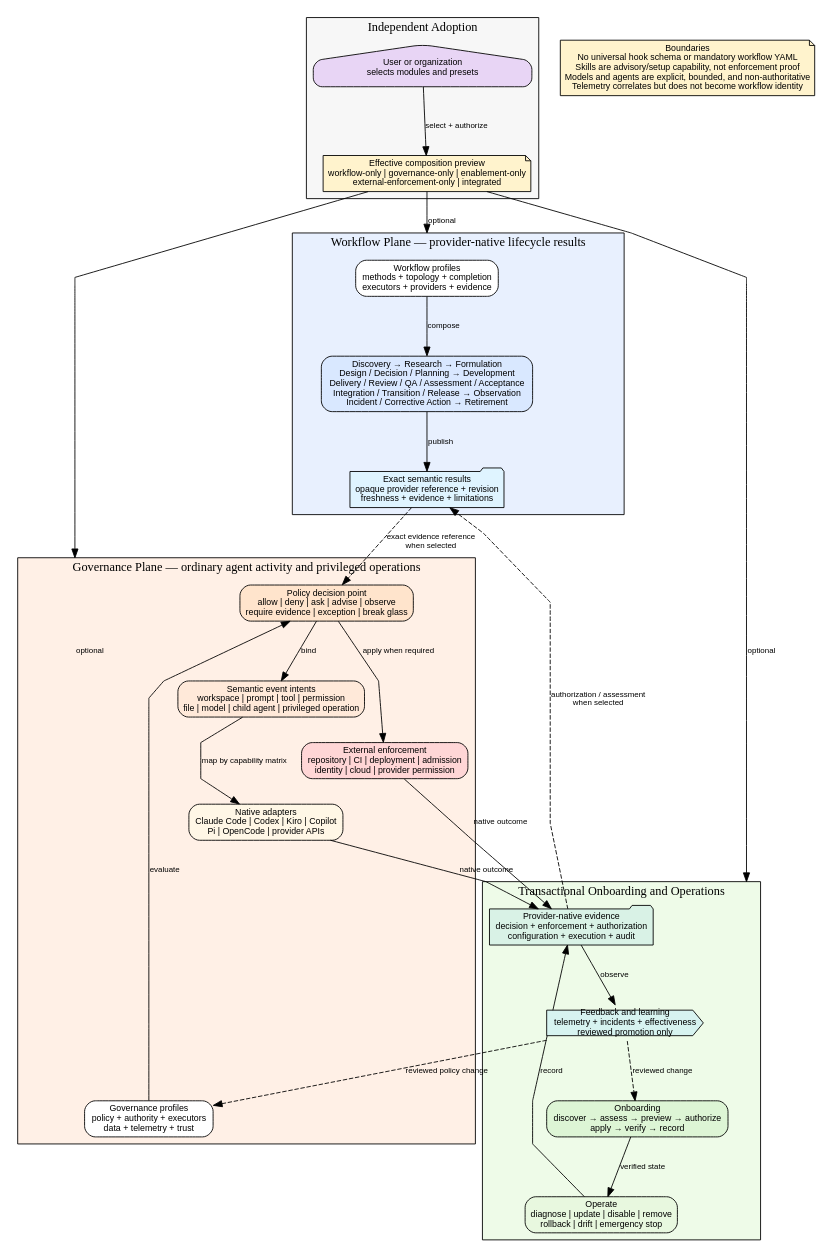
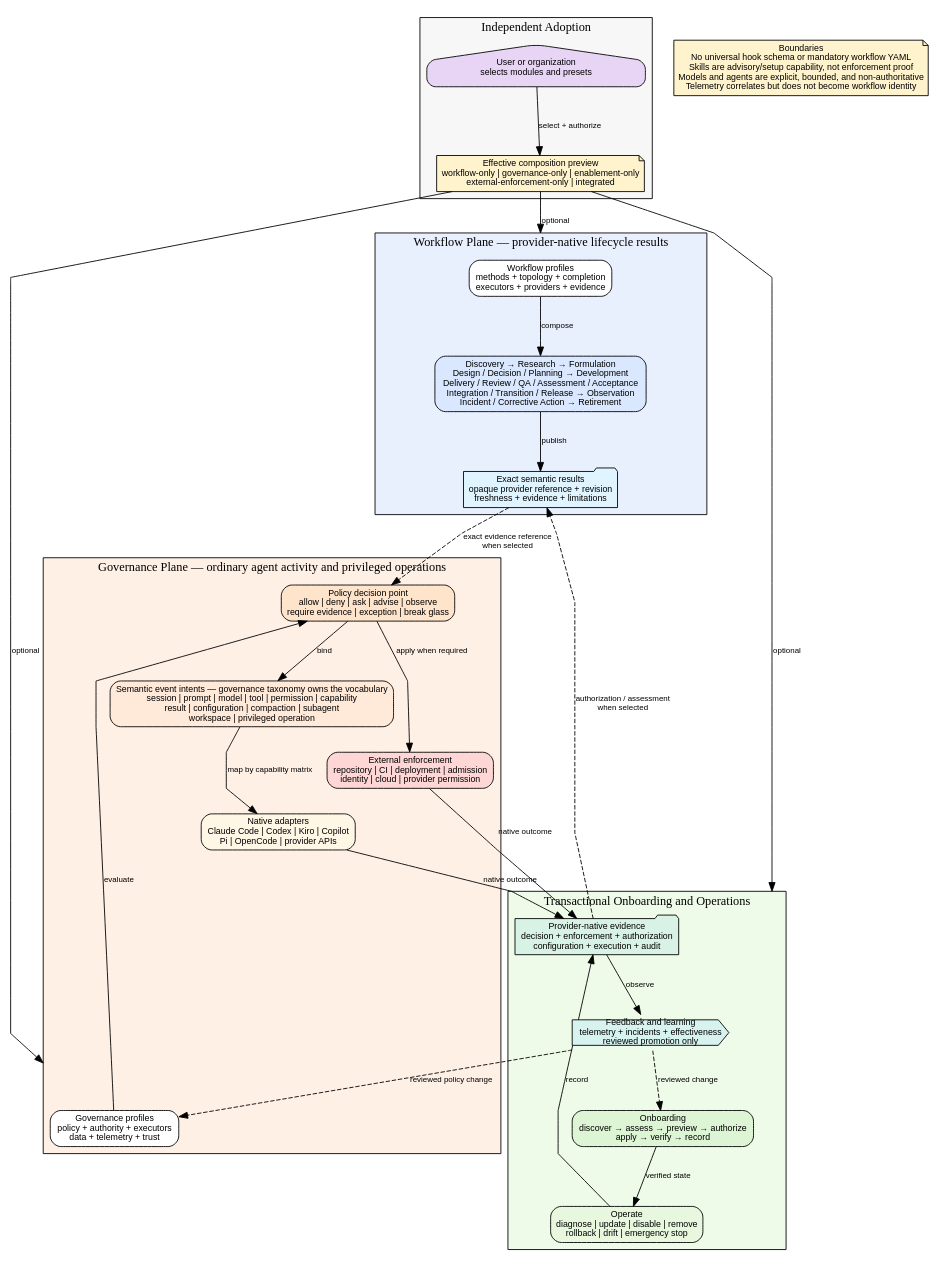
One commit to xonovex/platform changed the diagram in packages/diagram/diagram-agent-workflow/workflow-diagram.dot. Above: the diagram before and after it, drawn with Graphviz. The commit also changed 7 other files, not shown here.

First line of the commit message:
fix(skill): unfork the semantic event intent taxonomy

```diff
--- a/packages/diagram/diagram-agent-workflow/workflow-diagram.dot
+++ b/packages/diagram/diagram-agent-workflow/workflow-diagram.dot
@@ -1,80 +1,80 @@
 digraph ComposableWorkflow {
   rankdir=TB;
   compound=true;
   newrank=true;
   splines=polyline;
   nodesep=0.45;
   ranksep=0.8;
 
   node [shape=box, style="rounded,filled", fillcolor=white, fontname="Arial", fontsize=10];
   edge [fontname="Arial", fontsize=9];
 
   subgraph cluster_adoption {
     label="Independent Adoption";
     style=filled;
     fillcolor="#f7f7f7";
 
     profile [label="Effective composition preview\nworkflow-only | governance-only | enablement-only\nexternal-enforcement-only | integrated", shape=note, fillcolor="#fff3cd"];
     user [label="User or organization\nselects modules and presets", shape=house, fillcolor="#e8d5f5"];
     user -> profile [label="select + authorize"];
   }
 
   subgraph cluster_workflow {
     label="Workflow Plane — provider-native lifecycle results";
     style=filled;
     fillcolor="#e8f0fe";
 
     lifecycle [label="Discovery → Research → Formulation\nDesign / Decision / Planning → Development\nDelivery / Review / QA / Assessment / Acceptance\nIntegration / Transition / Release → Observation\nIncident / Corrective Action → Retirement", fillcolor="#d9e8ff"];
     workflow_profiles [label="Workflow profiles\nmethods + topology + completion\nexecutors + providers + evidence"];
     results [label="Exact semantic results\nopaque provider reference + revision\nfreshness + evidence + limitations", shape=folder, fillcolor="#dff4ff"];
 
     workflow_profiles -> lifecycle [label="compose"];
     lifecycle -> results [label="publish"];
   }
 
   subgraph cluster_governance {
     label="Governance Plane — ordinary agent activity and privileged operations";
     style=filled;
     fillcolor="#fff0e6";
 
     governance_profiles [label="Governance profiles\npolicy + authority + executors\ndata + telemetry + trust"];
     decisions [label="Policy decision point\nallow | deny | ask | advise | observe\nrequire evidence | exception | break glass", fillcolor="#ffe4cc"];
-    intents [label="Semantic event intents\nworkspace | prompt | tool | permission\nfile | model | child agent | privileged operation", fillcolor="#ffe9d9"];
+    intents [label="Semantic event intents — governance taxonomy owns the vocabulary\nsession | prompt | model | tool | permission | capability\nresult | configuration | compaction | subagent\nworkspace | privileged operation", fillcolor="#ffe9d9"];
     native [label="Native adapters\nClaude Code | Codex | Kiro | Copilot\nPi | OpenCode | provider APIs", fillcolor="#fff7e6"];
     enforcement [label="External enforcement\nrepository | CI | deployment | admission\nidentity | cloud | provider permission", fillcolor="#ffd6d6"];
 
     governance_profiles -> decisions [label="evaluate"];
     decisions -> intents [label="bind"];
     intents -> native [label="map by capability matrix"];
     decisions -> enforcement [label="apply when required"];
   }
 
   subgraph cluster_enablement {
     label="Transactional Onboarding and Operations";
     style=filled;
     fillcolor="#eefbe8";
 
     onboarding [label="Onboarding\ndiscover → assess → preview → authorize\napply → verify → record", fillcolor="#ddf5d5"];
     operation [label="Operate\ndiagnose | update | disable | remove\nrollback | drift | emergency stop", fillcolor="#e8f8df"];
     evidence [label="Provider-native evidence\ndecision + enforcement + authorization\nconfiguration + execution + audit", shape=folder, fillcolor="#d9f2e6"];
     feedback [label="Feedback and learning\ntelemetry + incidents + effectiveness\nreviewed promotion only", shape=cds, fillcolor="#d7f3f0"];
 
     onboarding -> operation [label="verified state"];
     operation -> evidence [label="record"];
     evidence -> feedback [label="observe"];
     feedback -> onboarding [label="reviewed change", style=dashed];
   }
 
   profile -> workflow_profiles [label="optional", lhead=cluster_workflow];
   profile -> governance_profiles [label="optional", lhead=cluster_governance];
   profile -> onboarding [label="optional", lhead=cluster_enablement];
 
   results -> decisions [label="exact evidence reference\nwhen selected", style=dashed];
   native -> evidence [label="native outcome"];
   enforcement -> evidence [label="native outcome"];
   evidence -> results [label="authorization / assessment\nwhen selected", style=dashed];
   feedback -> governance_profiles [label="reviewed policy change", style=dashed];
 
   boundary [label="Boundaries\nNo universal hook schema or mandatory workflow YAML\nSkills are advisory/setup capability, not enforcement proof\nModels and agents are explicit, bounded, and non-authoritative\nTelemetry correlates but does not become workflow identity", shape=note, fillcolor="#fff3cd"];
   boundary -> profile [style=invis];
 }
```
